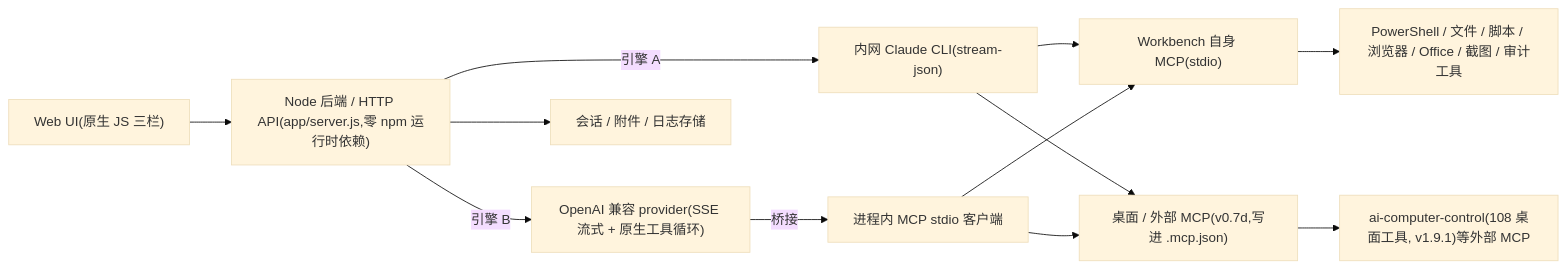
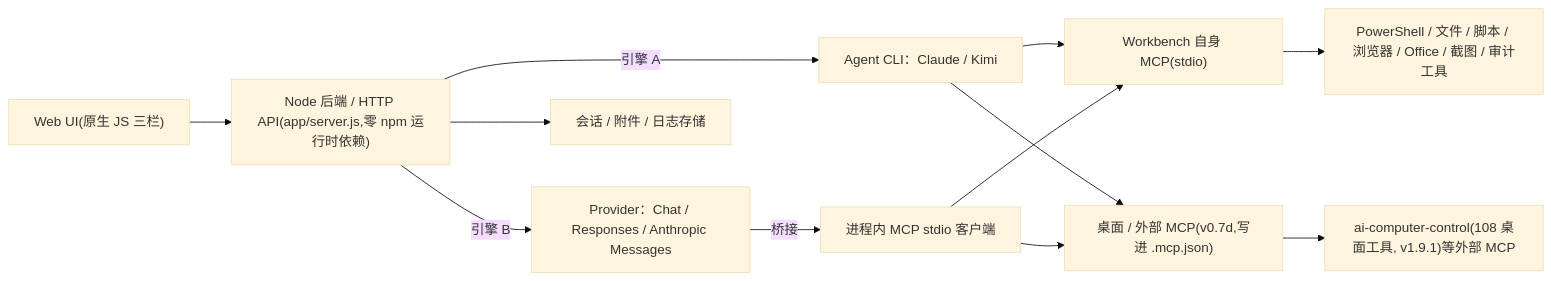
One commit to wangzhe04/ruyi-workbench-oss changed the diagram in ruyi-workbench/docs/ARCHITECTURE_CN.md. Above: the diagram before and after it, drawn with Mermaid (base theme). The commit also changed other lines of this file and 90 other files, not shown here.

````diff
--- a/ruyi-workbench/docs/ARCHITECTURE_CN.md
+++ b/ruyi-workbench/docs/ARCHITECTURE_CN.md
@@ -11,14 +11,14 @@
 ```mermaid
 flowchart LR
   UI["Web UI(原生 JS 三栏)"] --> API["Node 后端 / HTTP API(app/server.js,零 npm 运行时依赖)"]
-  API -->|引擎 A| CLI["内网 Claude CLI(stream-json)"]
-  API -->|引擎 B| PROV["OpenAI 兼容 provider(SSE 流式 + 原生工具循环)"]
+  API -->|引擎 A| CLI["Agent CLI：Claude / Kimi"]
+  API -->|引擎 B| PROV["Provider：Chat / Responses / Anthropic Messages"]
   API --> FS["会话 / 附件 / 日志存储"]
   CLI --> MCPself["Workbench 自身 MCP(stdio)"]
   CLI --> MCPext["桌面 / 外部 MCP(v0.7d,写进 .mcp.json)"]
   PROV -->|桥接| BRIDGE["进程内 MCP stdio 客户端"]
   BRIDGE --> MCPself
   BRIDGE --> MCPext
   MCPself --> Tools["PowerShell / 文件 / 脚本 / 浏览器 / Office / 截图 / 审计工具"]
   MCPext --> ACC["ai-computer-control(108 桌面工具, v1.9.1)等外部 MCP"]
 ```
````
